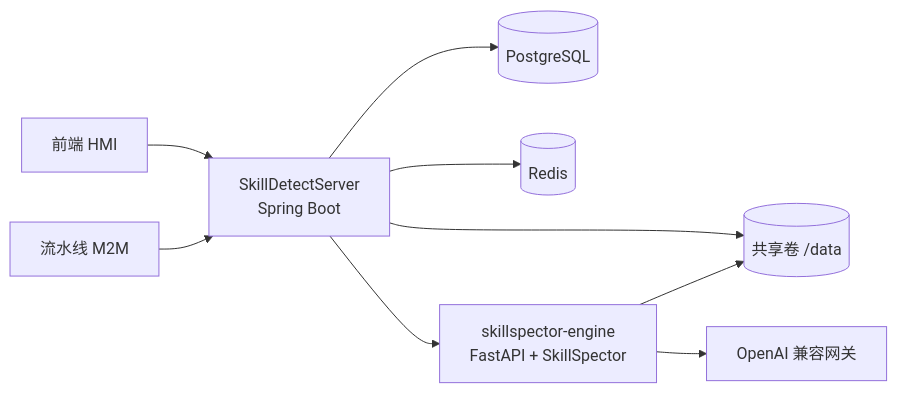
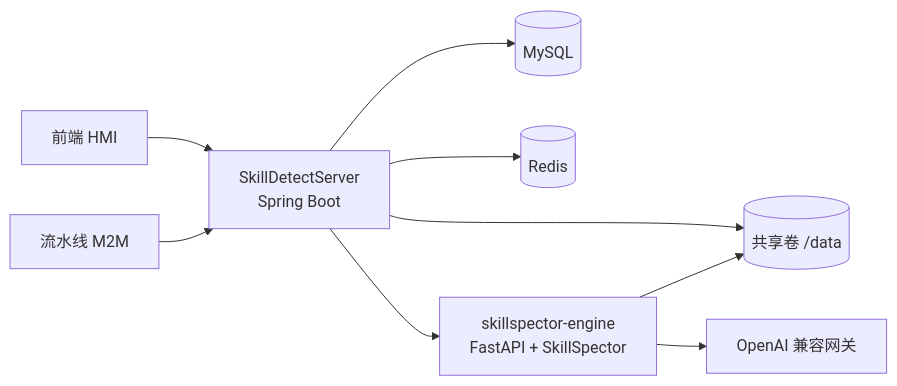
One commit to ikaros-0117/skill-poison-detect changed the first of 2 diagrams in docs/skill-poison-detection-capability-and-sandbox-plan.md. Above: the diagram before and after it, drawn with Mermaid. The commit also changed other lines of this file and 5 other files, not shown here.

Commit message:
docs: sync remaining docs to MySQL/Boot 2.7 and enable baseline validation

````diff
--- a/docs/skill-poison-detection-capability-and-sandbox-plan.md
+++ b/docs/skill-poison-detection-capability-and-sandbox-plan.md
@@ -26,11 +26,11 @@
 ```mermaid
 flowchart LR
     FE[前端 HMI] --> SRV
     CI[流水线 M2M] --> SRV
-    SRV[SkillDetectServer<br/>Spring Boot] --> PG[(PostgreSQL)]
+    SRV[SkillDetectServer<br/>Spring Boot] --> DB[(MySQL)]
     SRV --> RED[(Redis)]
     SRV --> ENG[skillspector-engine<br/>FastAPI + SkillSpector]
     SRV --> VOL[(共享卷 /data)]
     ENG --> VOL
     ENG --> LLM[OpenAI 兼容网关]
 ```
````
